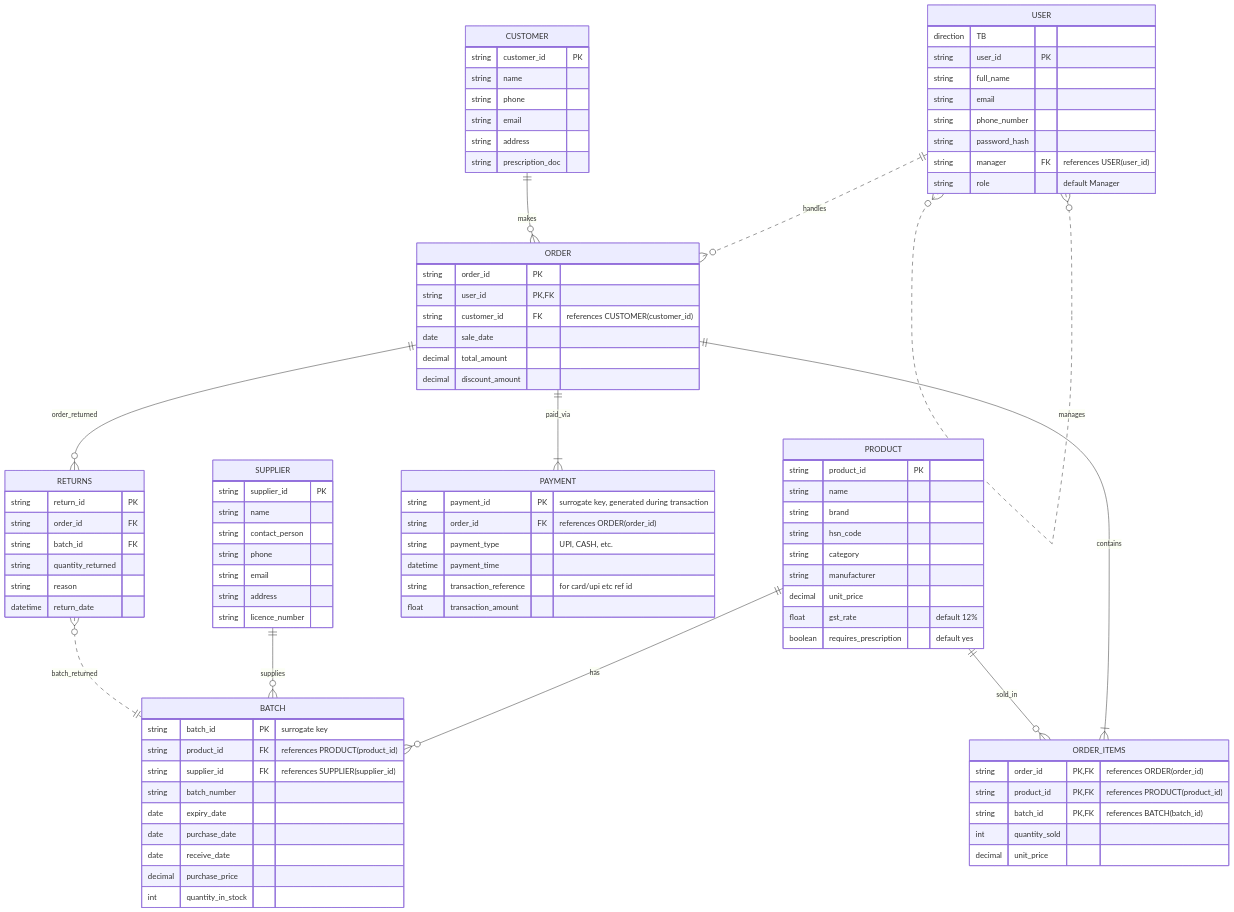
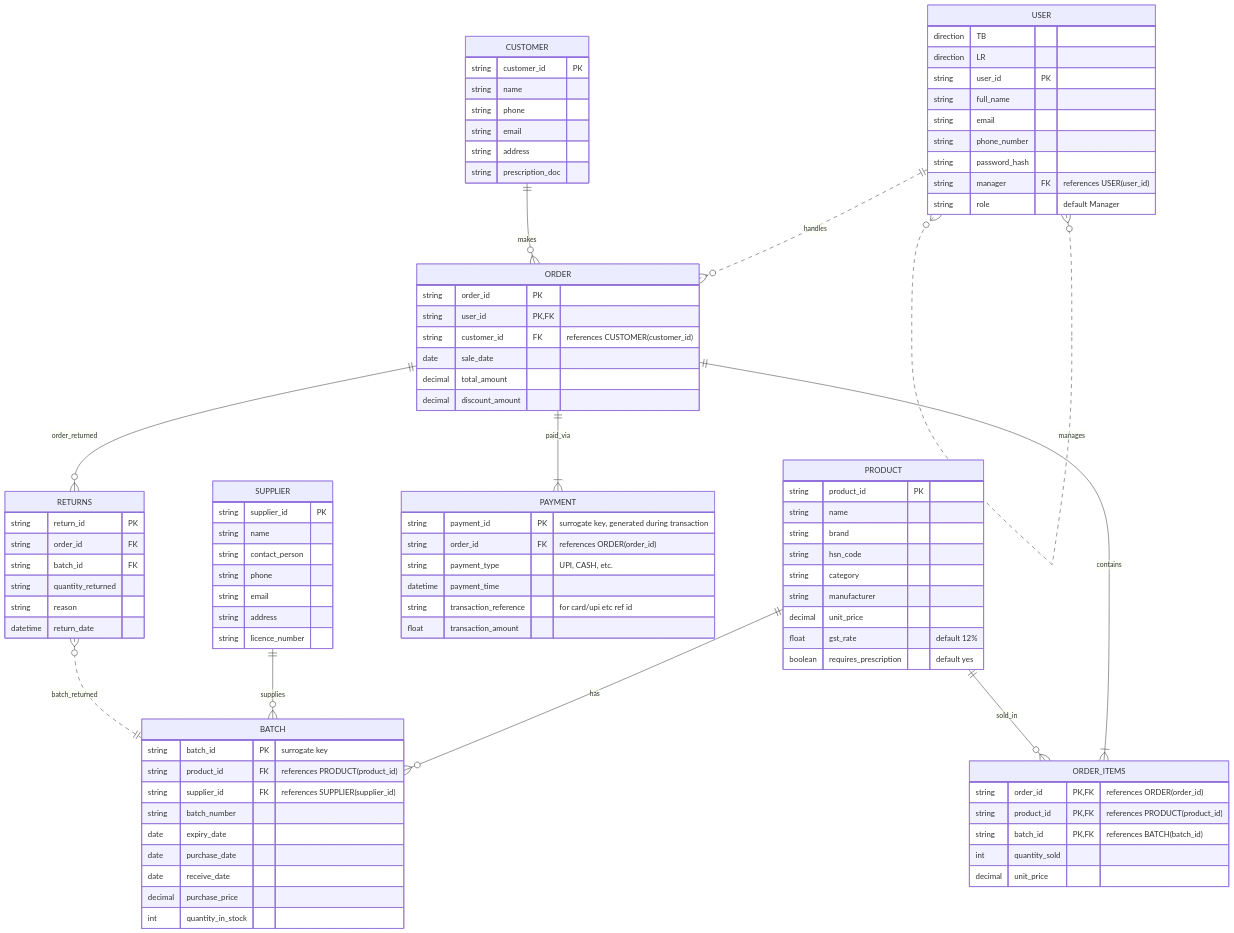
One commit to MET4L-DS/miniPharma changed the diagram in ER Diagram version 2.md. Above: the diagram before and after it, drawn with Mermaid.

Commit message:
Update ER Diagram version 2.md

```diff
--- a/ER Diagram version 2.md
+++ b/ER Diagram version 2.md
@@ -2,6 +2,7 @@
 erDiagram
     USER {
     direction TB
+    direction LR
     string user_id PK
     string full_name
     string email
```
